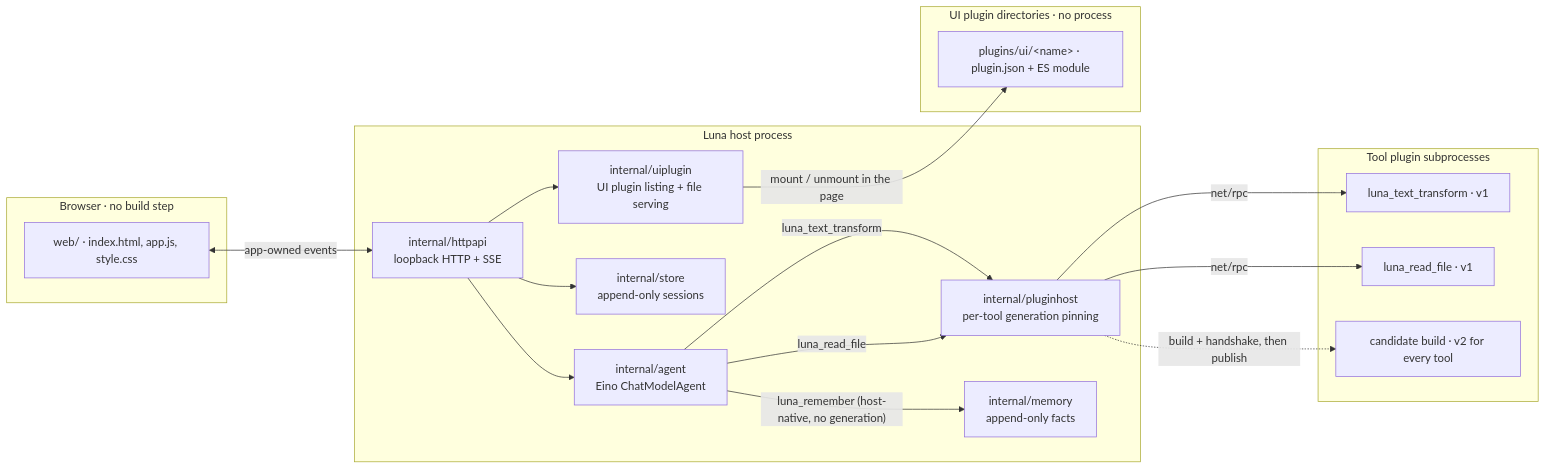
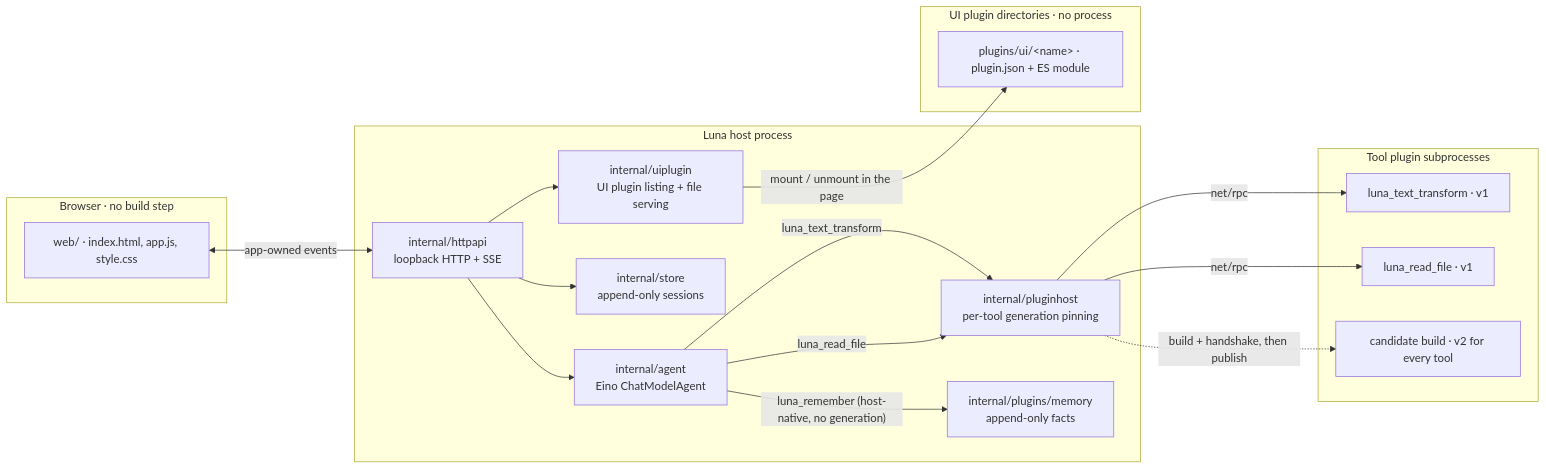
The diagram in README.md (Qaraku/luna-agent), drawn with Mermaid before and after one commit. The commit also changed other lines of this file and 9 other files, not shown here.

````diff
--- a/README.md
+++ b/README.md
@@ -13,37 +13,37 @@
 ```mermaid
 flowchart LR
     subgraph Browser["Browser · no build step"]
         UI["web/ · index.html, app.js, style.css"]
     end
 
     subgraph Host["Luna host process"]
         API["internal/httpapi<br/>loopback HTTP + SSE"]
         Agent["internal/agent<br/>Eino ChatModelAgent"]
         PH["internal/pluginhost<br/>per-tool generation pinning"]
-        Mem["internal/memory<br/>append-only facts"]
+        Mem["internal/plugins/memory<br/>append-only facts"]
         Store["internal/store<br/>append-only sessions"]
         UIP["internal/uiplugin<br/>UI plugin listing + file serving"]
     end
 
     subgraph Plugins["Tool plugin subprocesses"]
         T1["luna_text_transform · v1"]
         R1["luna_read_file · v1"]
         C["candidate build · v2 for every tool"]
     end
 
     subgraph UIPlugins["UI plugin directories · no process"]
         UIPlug["plugins/ui/&lt;name&gt; · plugin.json + ES module"]
     end
 
     UI <-->|"app-owned events"| API
     API --> Agent
     API --> Store
     API --> UIP
     Agent -->|"luna_remember (host-native, no generation)"| Mem
     Agent -->|"luna_text_transform"| PH
     Agent -->|"luna_read_file"| PH
     PH -->|"net/rpc"| T1
     PH -->|"net/rpc"| R1
     PH -.->|"build + handshake, then publish"| C
     UIP -->|"mount / unmount in the page"| UIPlug
 ```
````
